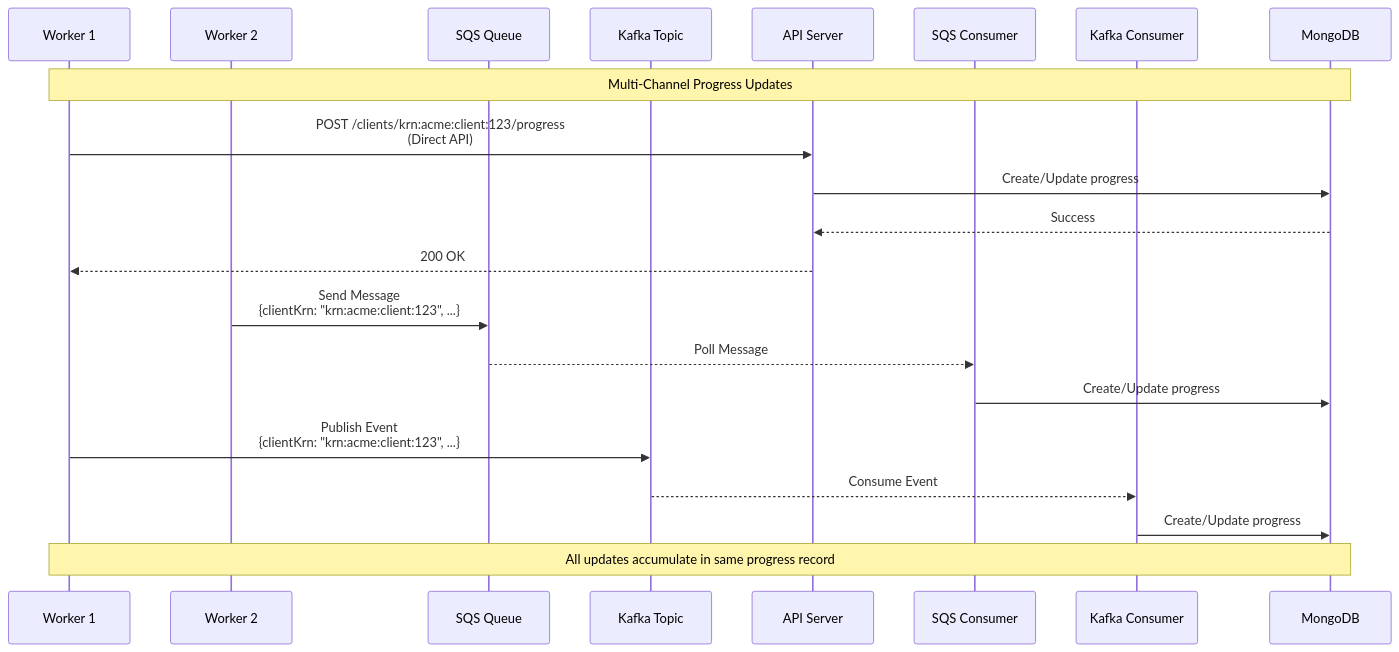
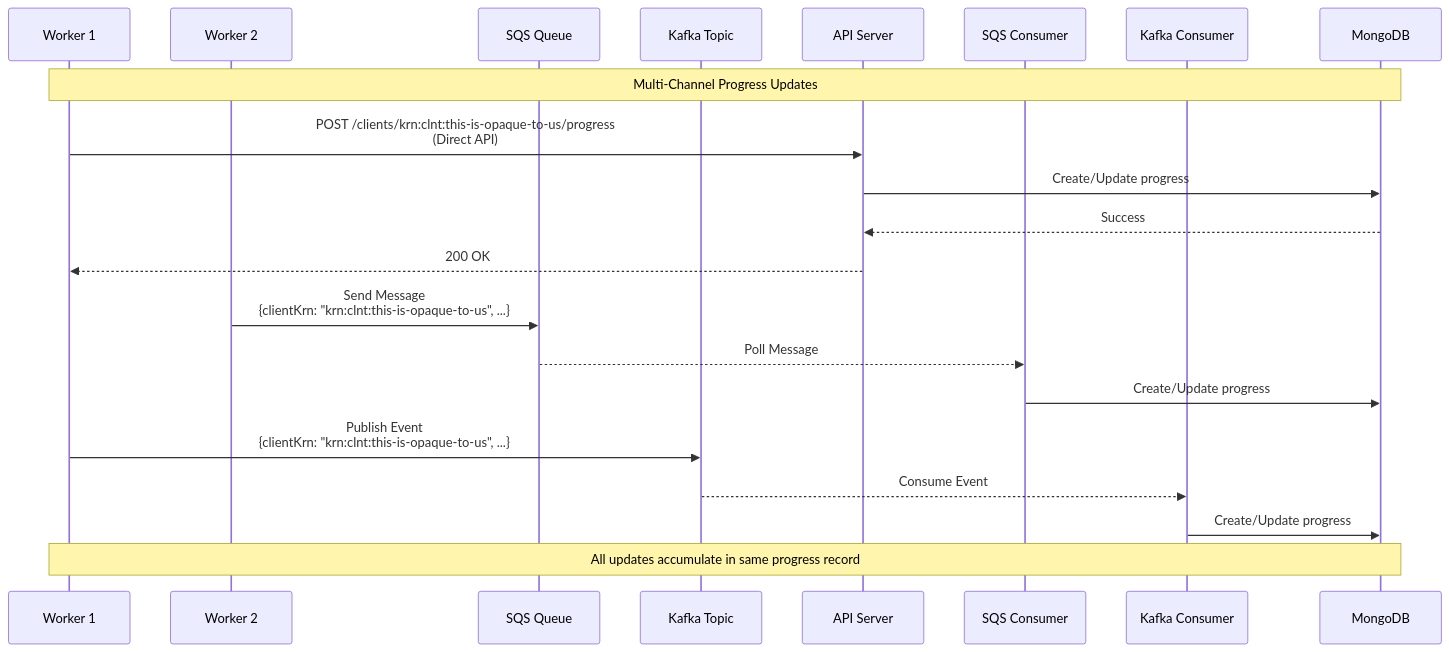
Before and after one commit to pirkus/pebbles: the third of 10 diagrams in use-cases.md, drawn with Mermaid. The commit also changed other lines of this file and 4 other files, not shown here.

Commit message:
Refactor client KRN to be opaque and generic across documentation

````diff
--- a/use-cases.md
+++ b/use-cases.md
@@ -70,28 +70,28 @@
 ```mermaid
 sequenceDiagram
     participant W1 as Worker 1
     participant W2 as Worker 2
     participant SQS as SQS Queue
     participant K as Kafka Topic
     participant A as API Server
     participant SC as SQS Consumer
     participant KC as Kafka Consumer
     participant D as MongoDB
     
     Note over W1,D: Multi-Channel Progress Updates
     
-    W1->>A: POST /clients/krn:acme:client:123/progress<br/>(Direct API)
+    W1->>A: POST /clients/krn:clnt:this-is-opaque-to-us/progress<br/>(Direct API)
     A->>D: Create/Update progress
     D-->>A: Success
     A-->>W1: 200 OK
     
-    W2->>SQS: Send Message<br/>{clientKrn: "krn:acme:client:123", ...}
+    W2->>SQS: Send Message<br/>{clientKrn: "krn:clnt:this-is-opaque-to-us", ...}
     SQS-->>SC: Poll Message
     SC->>D: Create/Update progress
     
-    W1->>K: Publish Event<br/>{clientKrn: "krn:acme:client:123", ...}
+    W1->>K: Publish Event<br/>{clientKrn: "krn:clnt:this-is-opaque-to-us", ...}
     K-->>KC: Consume Event
     KC->>D: Create/Update progress
     
     Note over W1,D: All updates accumulate in same progress record
 ```
````
